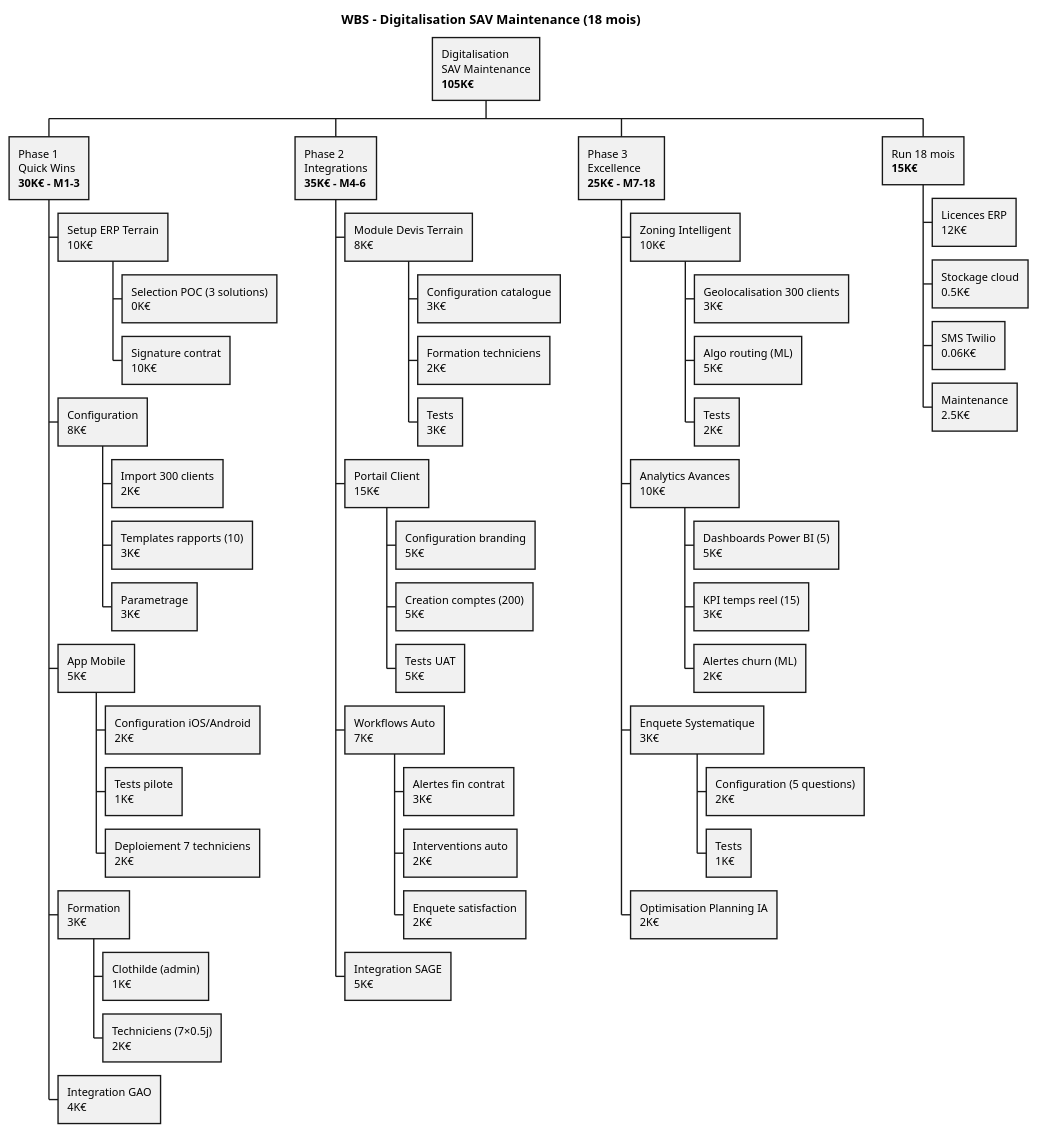
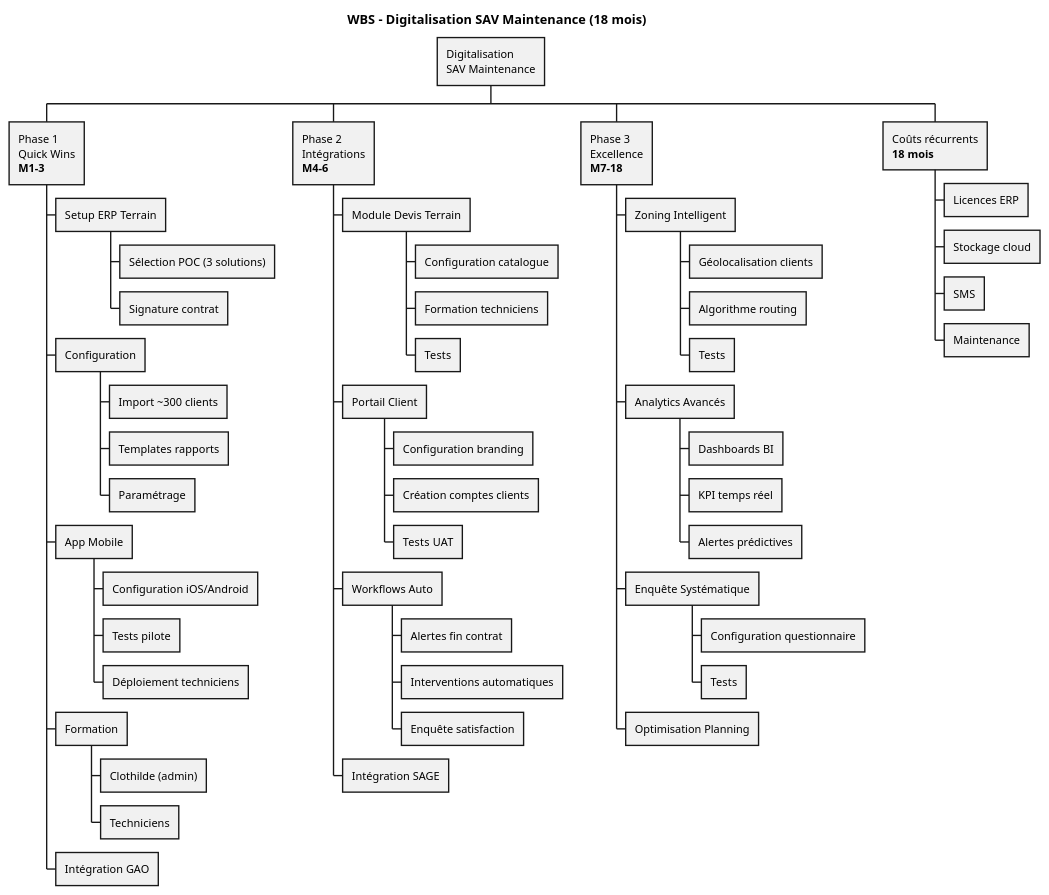
Before and after one commit to JordanSerafini/Audit_Duret: the diagram in Services/Maintenance-Technique/uml/puml/10_wbs_breakdown.puml, drawn with PlantUML. The commit also changed 5 other files, not shown here.

```diff
--- a/Services/Maintenance-Technique/uml/puml/10_wbs_breakdown.puml
+++ b/Services/Maintenance-Technique/uml/puml/10_wbs_breakdown.puml
@@ -1,58 +1,58 @@
 @startwbs WBS_Digitalisation_SAV
 
 title WBS - Digitalisation SAV Maintenance (18 mois)
 
-* Digitalisation\nSAV Maintenance\n**105K€**
-** Phase 1\nQuick Wins\n**30K€ - M1-3**
-*** Setup ERP Terrain\n10K€
-**** Selection POC (3 solutions)\n0K€
-**** Signature contrat\n10K€
-*** Configuration\n8K€
-**** Import 300 clients\n2K€
-**** Templates rapports (10)\n3K€
-**** Parametrage\n3K€
-*** App Mobile\n5K€
-**** Configuration iOS/Android\n2K€
-**** Tests pilote\n1K€
-**** Deploiement 7 techniciens\n2K€
-*** Formation\n3K€
-**** Clothilde (admin)\n1K€
-**** Techniciens (7×0.5j)\n2K€
-*** Integration GAO\n4K€
+* Digitalisation\nSAV Maintenance
+** Phase 1\nQuick Wins\n**M1-3**
+*** Setup ERP Terrain
+**** Sélection POC (3 solutions)
+**** Signature contrat
+*** Configuration
+**** Import ~300 clients
+**** Templates rapports
+**** Paramétrage
+*** App Mobile
+**** Configuration iOS/Android
+**** Tests pilote
+**** Déploiement techniciens
+*** Formation
+**** Clothilde (admin)
+**** Techniciens
+*** Intégration GAO
 
-** Phase 2\nIntegrations\n**35K€ - M4-6**
-*** Module Devis Terrain\n8K€
-**** Configuration catalogue\n3K€
-**** Formation techniciens\n2K€
-**** Tests\n3K€
-*** Portail Client\n15K€
-**** Configuration branding\n5K€
-**** Creation comptes (200)\n5K€
-**** Tests UAT\n5K€
-*** Workflows Auto\n7K€
-**** Alertes fin contrat\n3K€
-**** Interventions auto\n2K€
-**** Enquete satisfaction\n2K€
-*** Integration SAGE\n5K€
+** Phase 2\nIntégrations\n**M4-6**
+*** Module Devis Terrain
+**** Configuration catalogue
+**** Formation techniciens
+**** Tests
+*** Portail Client
+**** Configuration branding
+**** Création comptes clients
+**** Tests UAT
+*** Workflows Auto
+**** Alertes fin contrat
+**** Interventions automatiques
+**** Enquête satisfaction
+*** Intégration SAGE
 
-** Phase 3\nExcellence\n**25K€ - M7-18**
-*** Zoning Intelligent\n10K€
-**** Geolocalisation 300 clients\n3K€
-**** Algo routing (ML)\n5K€
-**** Tests\n2K€
-*** Analytics Avances\n10K€
-**** Dashboards Power BI (5)\n5K€
-**** KPI temps reel (15)\n3K€
-**** Alertes churn (ML)\n2K€
-*** Enquete Systematique\n3K€
-**** Configuration (5 questions)\n2K€
-**** Tests\n1K€
-*** Optimisation Planning IA\n2K€
+** Phase 3\nExcellence\n**M7-18**
+*** Zoning Intelligent
+**** Géolocalisation clients
+**** Algorithme routing
+**** Tests
+*** Analytics Avancés
+**** Dashboards BI
+**** KPI temps réel
+**** Alertes prédictives
+*** Enquête Systématique
+**** Configuration questionnaire
+**** Tests
+*** Optimisation Planning
 
-** Run 18 mois\n**15K€**
-*** Licences ERP\n12K€
-*** Stockage cloud\n0.5K€
-*** SMS Twilio\n0.06K€
-*** Maintenance\n2.5K€
+** Coûts récurrents\n**18 mois**
+*** Licences ERP
+*** Stockage cloud
+*** SMS
+*** Maintenance
 
 @endwbs
```
